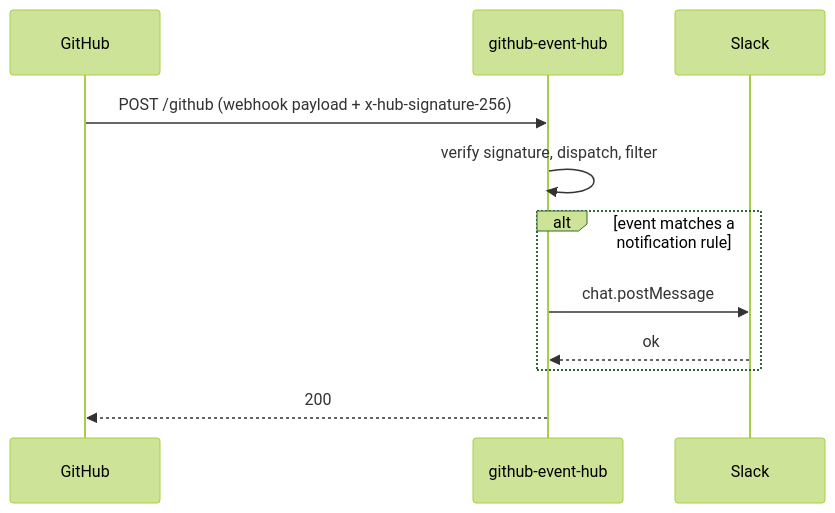
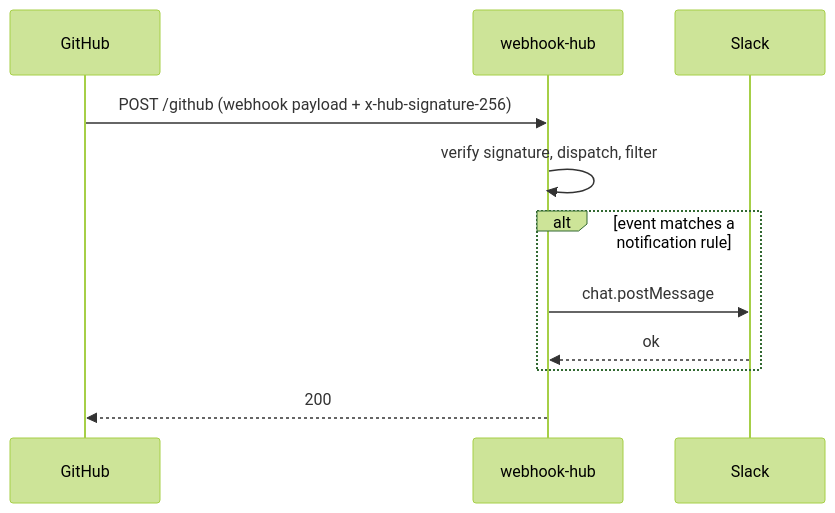
The diagram in docs/architecture.md (fohte/github-event-hub), drawn with Mermaid (forest theme) before and after one commit. The commit also changed other lines of this file and 3 other files, not shown here.

Commit message:
meta: rename service to webhook-hub (#21)

````diff
--- a/docs/architecture.md
+++ b/docs/architecture.md
@@ -7,14 +7,14 @@
 ```mermaid
 sequenceDiagram
   participant GH as GitHub
-  participant POD as github-event-hub
+  participant POD as webhook-hub
   participant SLACK as Slack
 
   GH->>POD: POST /github (webhook payload + x-hub-signature-256)
   POD->>POD: verify signature, dispatch, filter
   alt event matches a notification rule
     POD->>SLACK: chat.postMessage
     SLACK-->>POD: ok
   end
   POD-->>GH: 200
 ```
````
